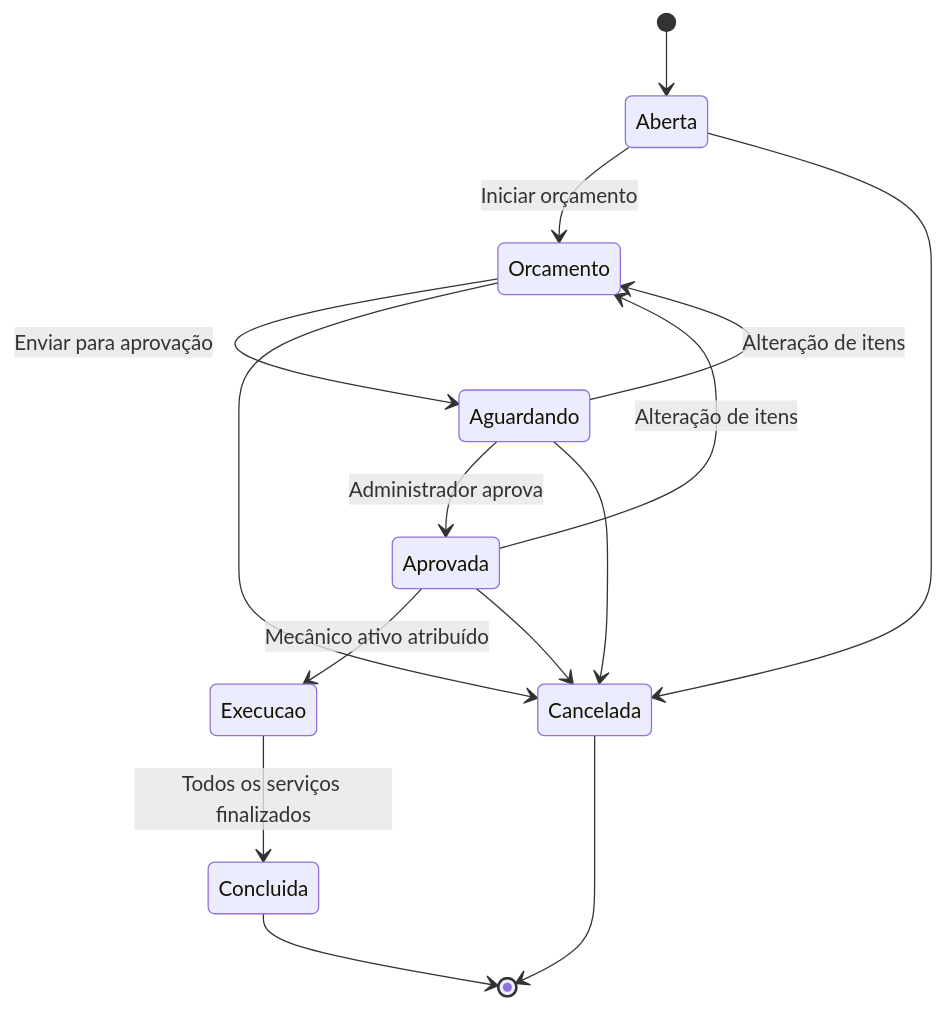
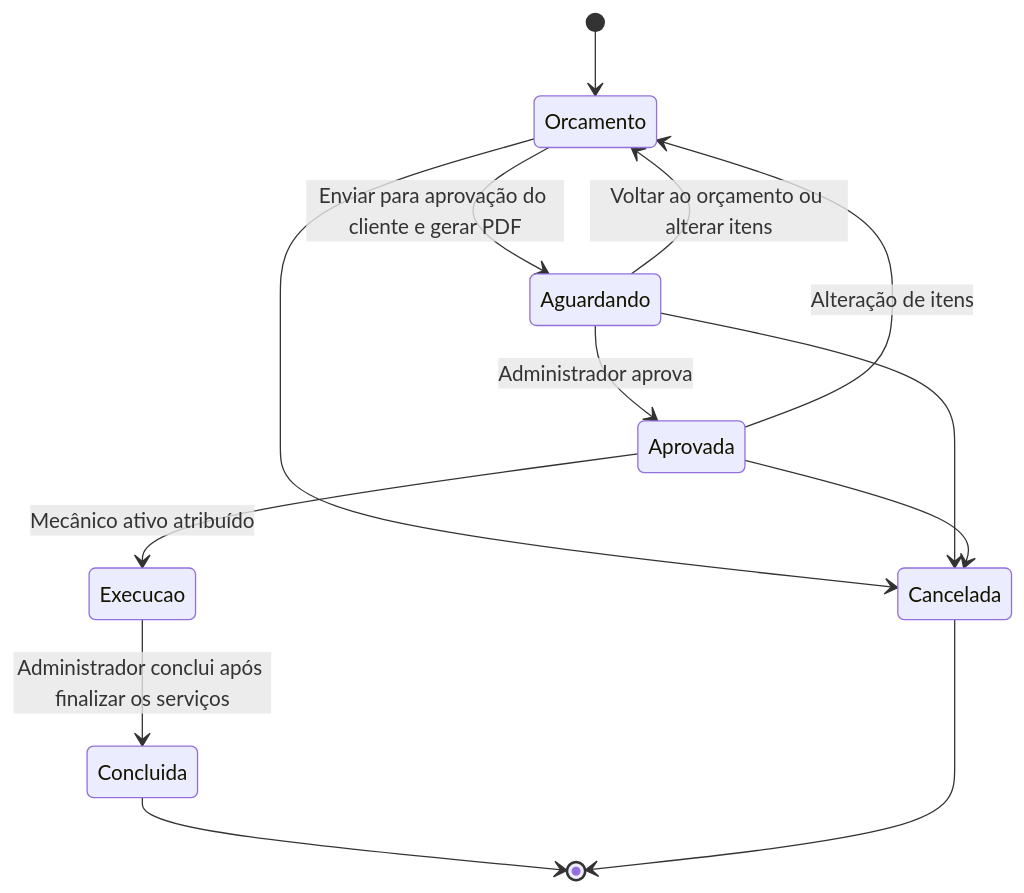
One commit to ingridalvesoj/Oficina_Mecanica_POO changed the first of 2 diagrams in README.md. Above: the diagram before and after it, drawn with Mermaid. The commit also changed other lines of this file and 22 other files, not shown here.

````diff
--- a/README.md
+++ b/README.md
@@ -87,17 +88,15 @@
 ```mermaid
 stateDiagram-v2
-    [*] --> Aberta
-    Aberta --> Orcamento: Iniciar orçamento
-    Orcamento --> Aguardando: Enviar para aprovação
+    [*] --> Orcamento
+    Orcamento --> Aguardando: Enviar para aprovação do cliente e gerar PDF
     Aguardando --> Aprovada: Administrador aprova
     Aprovada --> Execucao: Mecânico ativo atribuído
-    Execucao --> Concluida: Todos os serviços finalizados
-    Aguardando --> Orcamento: Alteração de itens
+    Execucao --> Concluida: Administrador conclui após finalizar os serviços
+    Aguardando --> Orcamento: Voltar ao orçamento ou alterar itens
     Aprovada --> Orcamento: Alteração de itens
-    Aberta --> Cancelada
     Orcamento --> Cancelada
     Aguardando --> Cancelada
     Aprovada --> Cancelada
     Concluida --> [*]
     Cancelada --> [*]
 ```
````
